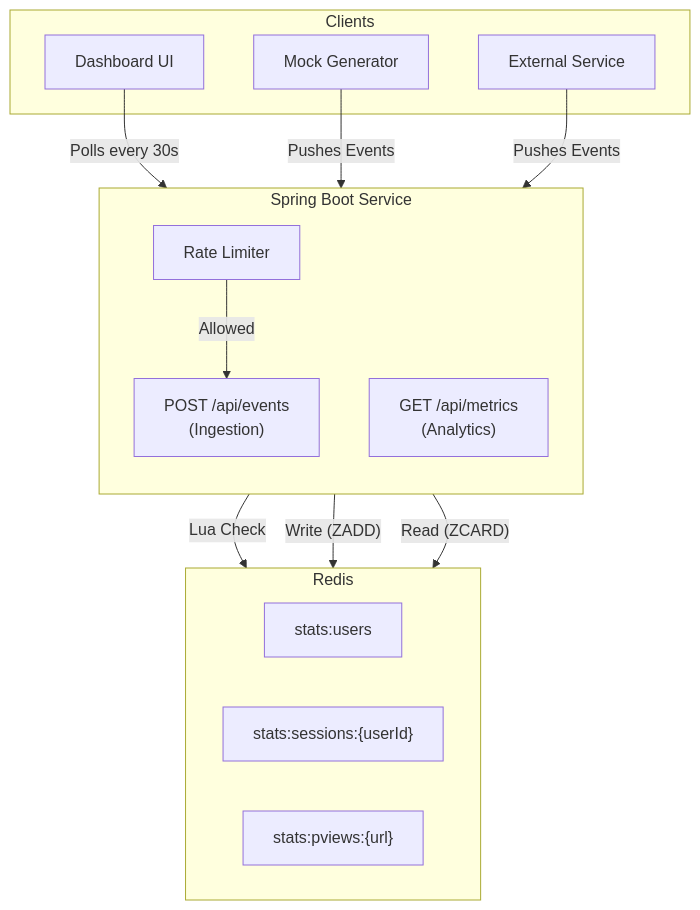
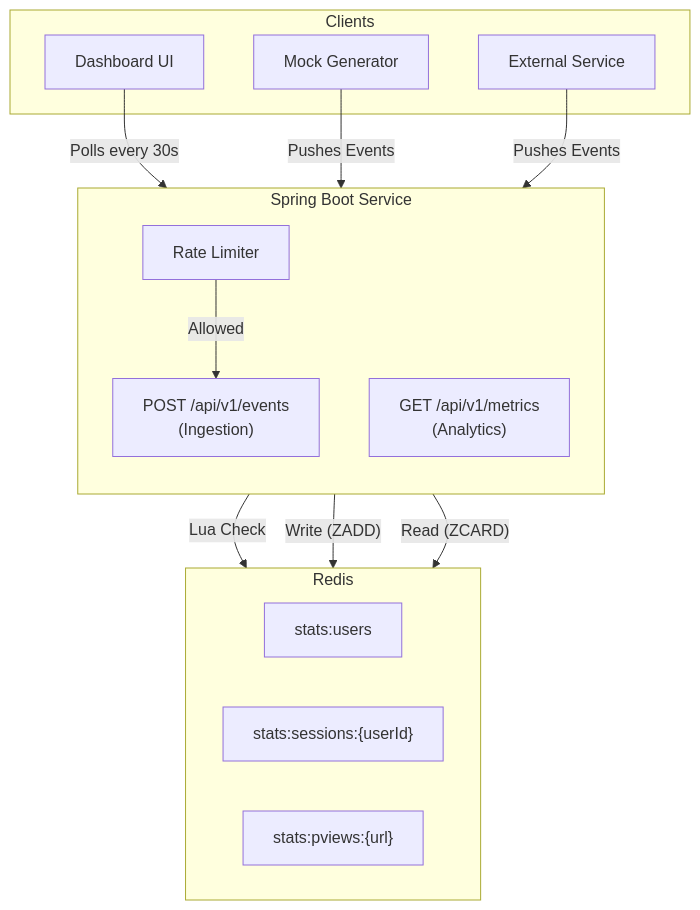
The diagram in README.md (saurav7sc/analytics-service), drawn with Mermaid before and after one commit.

````diff
--- a/README.md
+++ b/README.md
@@ -84,34 +84,34 @@
 ```mermaid
 flowchart TB
     subgraph Clients
         Dash[Dashboard UI]
         Mock[Mock Generator]
         Ext[External Service]
     end
 
     subgraph API["Spring Boot Service"]
         direction TB
         ratelimit["Rate Limiter"]
-        ingest["POST /api/events<br/>(Ingestion)"]
-        metrics["GET /api/metrics<br/>(Analytics)"]
+        ingest["POST /api/v1/events<br/>(Ingestion)"]
+        metrics["GET /api/v1/metrics<br/>(Analytics)"]
     end
 
     subgraph Redis["Redis"]
         users["stats:users"]
         sessions["stats:sessions:{userId}"]
         pviews["stats:pviews:{url}"]
     end
 
     %% The Flows
     Dash -->|Polls every 30s| metrics
     Mock -->|Pushes Events| ratelimit
     Ext -->|Pushes Events| ratelimit
     
     %% Internal API Flow
     ratelimit -->|Allowed| ingest
     
     %% Redis Interactions
     ratelimit --"Lua Check"--> Redis
     ingest --"Write (ZADD)"--> Redis
     metrics --"Read (ZCARD)"--> Redis
 ```
````
